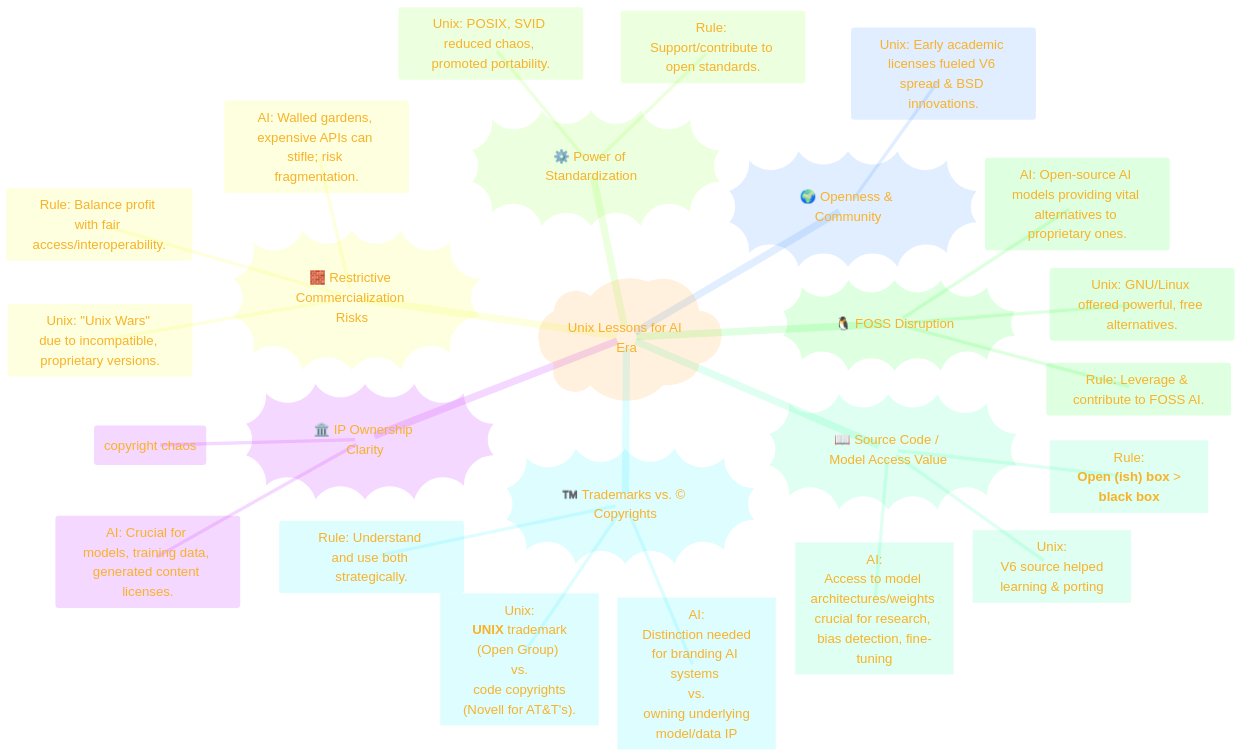
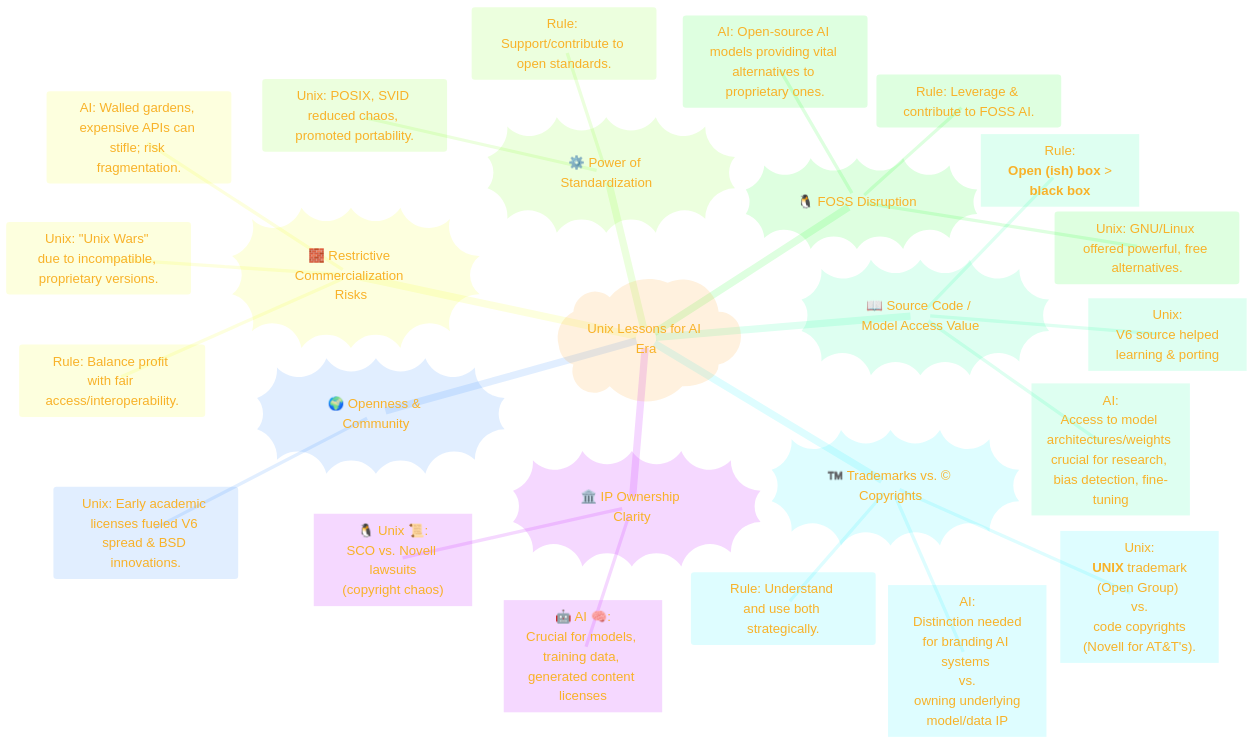
One commit to CongLeSolutionX/Digital-Bedrock-Landscape changed the fourth of 7 diagrams in THE_PAST/PART-4_Consolidated_info.md. Above: the diagram before and after it, drawn with Mermaid.

````diff
--- a/THE_PAST/PART-4_Consolidated_info.md
+++ b/THE_PAST/PART-4_Consolidated_info.md
@@ -275,67 +275,67 @@
 ```mermaid
 ---
 title: "Lessons from Unix for the AI Era: A Guiding Light"
 author: "Cong Le"
 version: "1.0"
 license(s): "MIT, CC BY 4.0"
 copyright: "Copyright (c) 2025 Cong Le. All Rights Reserved."
 config:
   theme: base
 ---
 %%%%%%%% Mermaid version v11.4.1-b.14
 %%{
   init: {
     'fontFamily': 'American Typewriter',
     'mindmap': {
 	    'nodeAlign': 'center',
 	    'padding': 20
     },
     'themeVariables': {
       'primaryColor': '#FC82',
       'primaryTextColor': '#F8B229',
       'primaryBorderColor': '#27AE60',
       'secondaryColor': '#EBF3',
       'secondaryTextColor': '#6C3483',
       'secondaryBorderColor': '#A569BD',
       'fontSize': '20px'
     }
   }
 }%%
 mindmap
   root)"Unix Lessons for AI Era"(
     IP_Ownership_Clarity))"🏛️ IP Ownership Clarity"((
       ::icon(fa fa-landmark)
-      Unix: SCO vs. Novell lawsuits (copyright chaos)
-      AI: Crucial for models, training data, generated content licenses.
+      Unix["🐧 Unix 📜:<br/>SCO vs. Novell lawsuits<br/>(copyright chaos)"]
+      AI["🤖 AI 🧠:<br/>Crucial for models, training data, generated content licenses"]
       %% Rule: Explicitly define rights! $$\\mathcal{L}_{AI} = f(\text{data}, \text{model}, \text{output})$$
     Openness_and_Community))"🌍 Openness & Community"((
       ::icon(fa fa-globe)
       Unix: Early academic licenses fueled V6 spread & BSD innovations.
       %% AI: Open models (BLOOM, Llama) & frameworks (PyTorch) accelerate research.
       %% Rule: Consider open-source (MIT, Apache, OpenRAIL).
     Restrictive_Commercialization_Risks))"🧱 Restrictive Commercialization Risks"((
       ::icon(fa fa-store-slash)
       Unix: "Unix Wars" due to incompatible, proprietary versions.
       AI: Walled gardens, expensive APIs can stifle; risk fragmentation.
       Rule: Balance profit with fair access/interoperability.
     Power_of_Standardization))"⚙️ Power of Standardization"((
       ::icon(fa fa-cogs)
       Unix: POSIX, SVID reduced chaos, promoted portability.
       %% AI: Needed for model formats (ONNX), APIs, data interchange, ethics.
       Rule: Support/contribute to open standards.
     FOSS_Disruption))"🐧 FOSS Disruption"((
       ::icon(fa fa-linux)
       Unix: GNU/Linux offered powerful, free alternatives.
       AI: Open-source AI models providing vital alternatives to proprietary ones.
       Rule: Leverage & contribute to FOSS AI.
     Source_Code_Model_Access_Value))"📖 Source Code / Model Access Value"((
       ::icon(fa fa-book-open)
       Unix["Unix:<br/> V6 source helped learning & porting"]
       AI["AI:<br/>Access to model architectures/weights crucial for research, bias detection, fine-tuning"]
       Rule["Rule:<br/> **Open (ish) box** > **black box**"]
     Trademarks_vs_Copyrights))"™️ Trademarks vs. © Copyrights"((
       ::icon(fa fa-registered)
       Unix["Unix:<br/> **UNIX** trademark (Open Group) <br/>vs.<br/> code copyrights (Novell for AT&T's)."]
       AI["AI:<br/> Distinction needed for branding AI systems <br/>vs.<br/> owning underlying model/data IP"]
       Rule: Understand and use both strategically.
 ```
````
